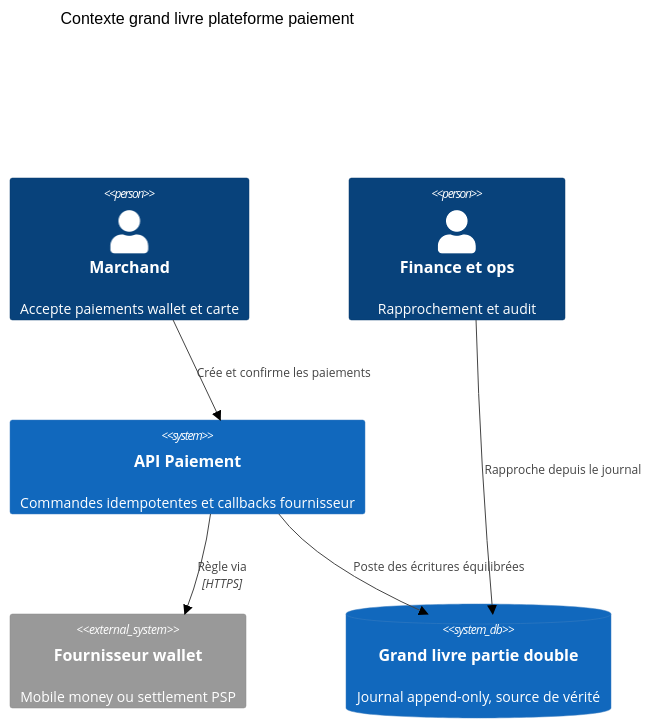
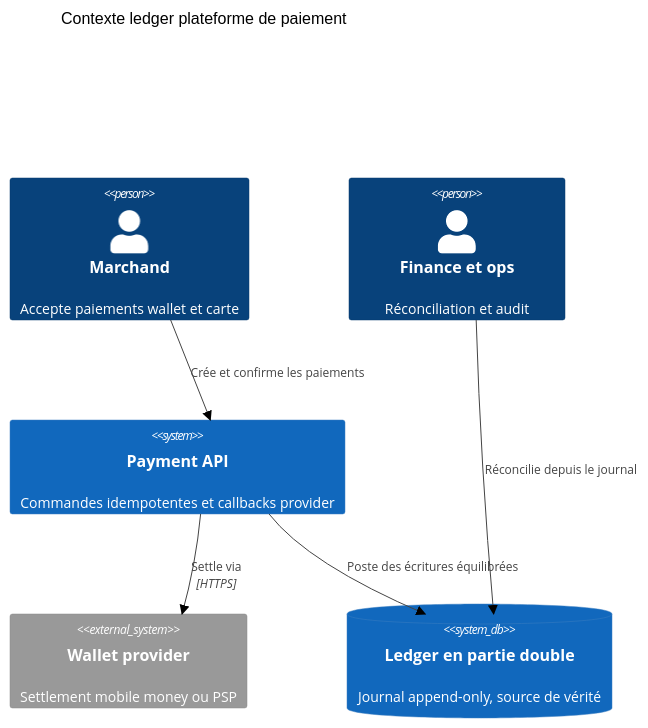
One commit to saifcores/saifcore-blog changed the diagram in content/fr/adr-double-entry-ledger-payments.mdx. Above: the diagram before and after it, drawn with Mermaid (forest theme). The commit also changed other lines of this file and 29 other files, not shown here.

````diff
--- a/content/fr/adr-double-entry-ledger-payments.mdx
+++ b/content/fr/adr-double-entry-ledger-payments.mdx
@@ -14,13 +17,13 @@
 ```mermaid
 C4Context
-  title Contexte grand livre plateforme paiement
+  title Contexte ledger plateforme de paiement
   Person(merchant, "Marchand", "Accepte paiements wallet et carte")
-  Person(ops, "Finance et ops", "Rapprochement et audit")
-  System(payment_api, "API Paiement", "Commandes idempotentes et callbacks fournisseur")
-  System_Ext(wallet, "Fournisseur wallet", "Mobile money ou settlement PSP")
-  SystemDb(ledger, "Grand livre partie double", "Journal append-only, source de vérité")
+  Person(ops, "Finance et ops", "Réconciliation et audit")
+  System(payment_api, "Payment API", "Commandes idempotentes et callbacks provider")
+  System_Ext(wallet, "Wallet provider", "Settlement mobile money ou PSP")
+  SystemDb(ledger, "Ledger en partie double", "Journal append-only, source de vérité")
   Rel(merchant, payment_api, "Crée et confirme les paiements")
-  Rel(payment_api, wallet, "Règle via", "HTTPS")
+  Rel(payment_api, wallet, "Settle via", "HTTPS")
   Rel(payment_api, ledger, "Poste des écritures équilibrées")
-  Rel(ops, ledger, "Rapproche depuis le journal")
+  Rel(ops, ledger, "Réconcilie depuis le journal")
 ```
````
